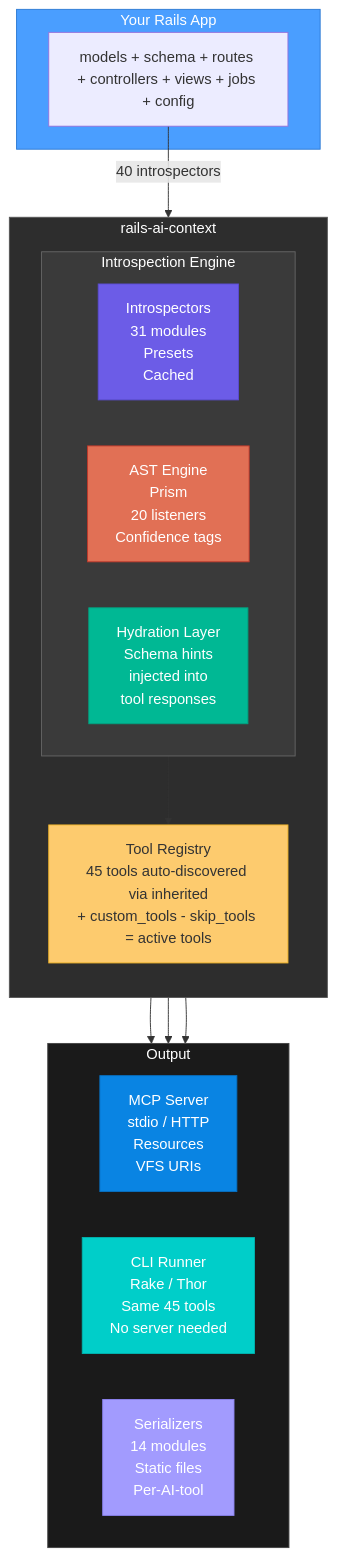
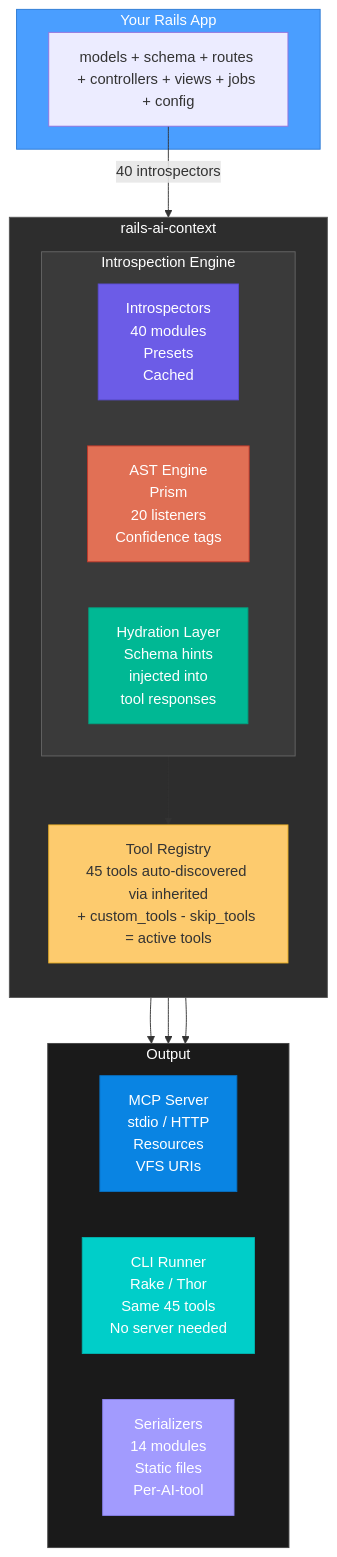
One commit to crisnahine/rails-ai-context changed the first of 3 diagrams in docs/ARCHITECTURE.md. Above: the diagram before and after it, drawn with Mermaid. The commit also changed other lines of this file and 19 other files, not shown here.

````diff
--- a/docs/ARCHITECTURE.md
+++ b/docs/ARCHITECTURE.md
@@ -15,44 +15,44 @@
 ```mermaid
 graph TD
     subgraph app["Your Rails App"]
         A["models + schema + routes + controllers + views + jobs + config"]
     end
 
     A -->|"40 introspectors"| gem
 
     subgraph gem["rails-ai-context"]
         direction TB
 
         subgraph engine["Introspection Engine"]
             direction LR
-            I["Introspectors\n31 modules\nPresets\nCached"]
+            I["Introspectors\n40 modules\nPresets\nCached"]
             AST["AST Engine\nPrism\n20 listeners\nConfidence tags"]
             H["Hydration Layer\nSchema hints\ninjected into\ntool responses"]
         end
 
         engine --> R["Tool Registry\n45 tools auto-discovered via inherited\n+ custom_tools - skip_tools = active tools"]
     end
 
     R --> MCP
     R --> CLI
     R --> S
 
     subgraph outputs["Output"]
         direction LR
         MCP["MCP Server\nstdio / HTTP\nResources\nVFS URIs"]
         CLI["CLI Runner\nRake / Thor\nSame 45 tools\nNo server needed"]
         S["Serializers\n14 modules\nStatic files\nPer-AI-tool"]
     end
 
     style app fill:#4a9eff,stroke:#2d7ad4,color:#fff
     style gem fill:#2d2d2d,stroke:#555,color:#fff
     style engine fill:#3a3a3a,stroke:#666,color:#fff
     style outputs fill:#1a1a1a,stroke:#444,color:#fff
     style I fill:#6c5ce7,stroke:#5a4bd1,color:#fff
     style AST fill:#e17055,stroke:#c0392b,color:#fff
     style H fill:#00b894,stroke:#00a381,color:#fff
     style R fill:#fdcb6e,stroke:#f0b429,color:#333
     style MCP fill:#0984e3,stroke:#0770c2,color:#fff
     style CLI fill:#00cec9,stroke:#00b5b0,color:#fff
     style S fill:#a29bfe,stroke:#8c83f0,color:#fff
 ```
````
